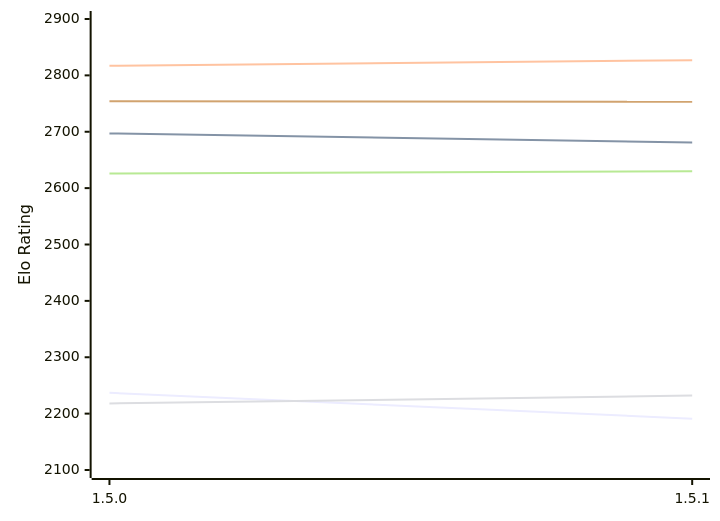
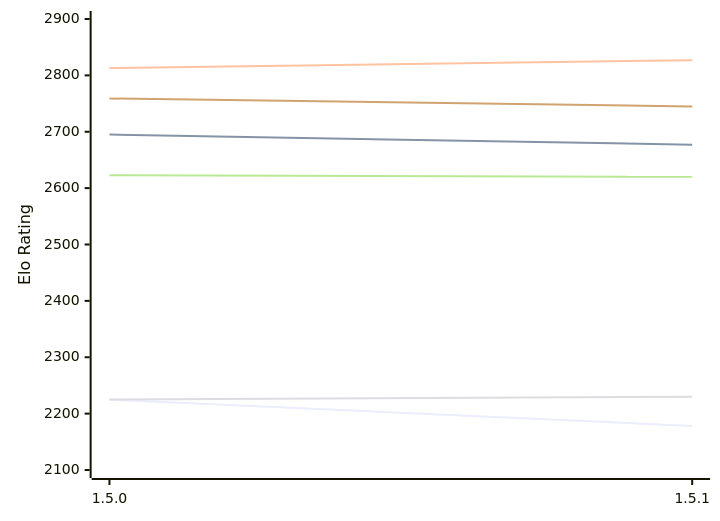
Before and after one commit to computer-chess-index/cci: the first of 2 diagrams in engines/Coco.md, drawn with Mermaid. The commit also changed other lines of this file, not shown here.

Commit message:
Update CCI Ratings (ELO VLTC) - 2026-11-15

````diff
--- a/engines/Coco.md
+++ b/engines/Coco.md
@@ -50,12 +50,12 @@
 ```mermaid
 %%{init: {"theme":"base","themeVariables":{"seriesColors:['#a3a3a3','#222221','#faa371']}}}%%
 xychart-beta
   x-axis ["1.5.0", "1.5.1"]
   y-axis "Elo Rating" 2100 --> 2900
-  line "E1: STC (8.0+0.08s)" [2237, 2191]
-  line "E1: LTC (60.0+0.60s)" [2697, 2681]
-  line "E1: VLTC (2m24s+1.12s)" [2817, 2827]
-  line "P1: STC (8.0+0.08s)" [2218, 2232]
-  line "P1: LTC (60.0+0.60s)" [2626, 2630]
-  line "P1: VLTC (2m24s+1.12s)" [2754, 2753]
+  line "E1: STC (8.0+0.08s)" [2225, 2178]
+  line "E1: LTC (60.0+0.60s)" [2695, 2677]
+  line "E1: VLTC (2m24s+1.12s)" [2813, 2827]
+  line "P1: STC (8.0+0.08s)" [2225, 2230]
+  line "P1: LTC (60.0+0.60s)" [2623, 2620]
+  line "P1: VLTC (2m24s+1.12s)" [2759, 2745]
 ```
````
